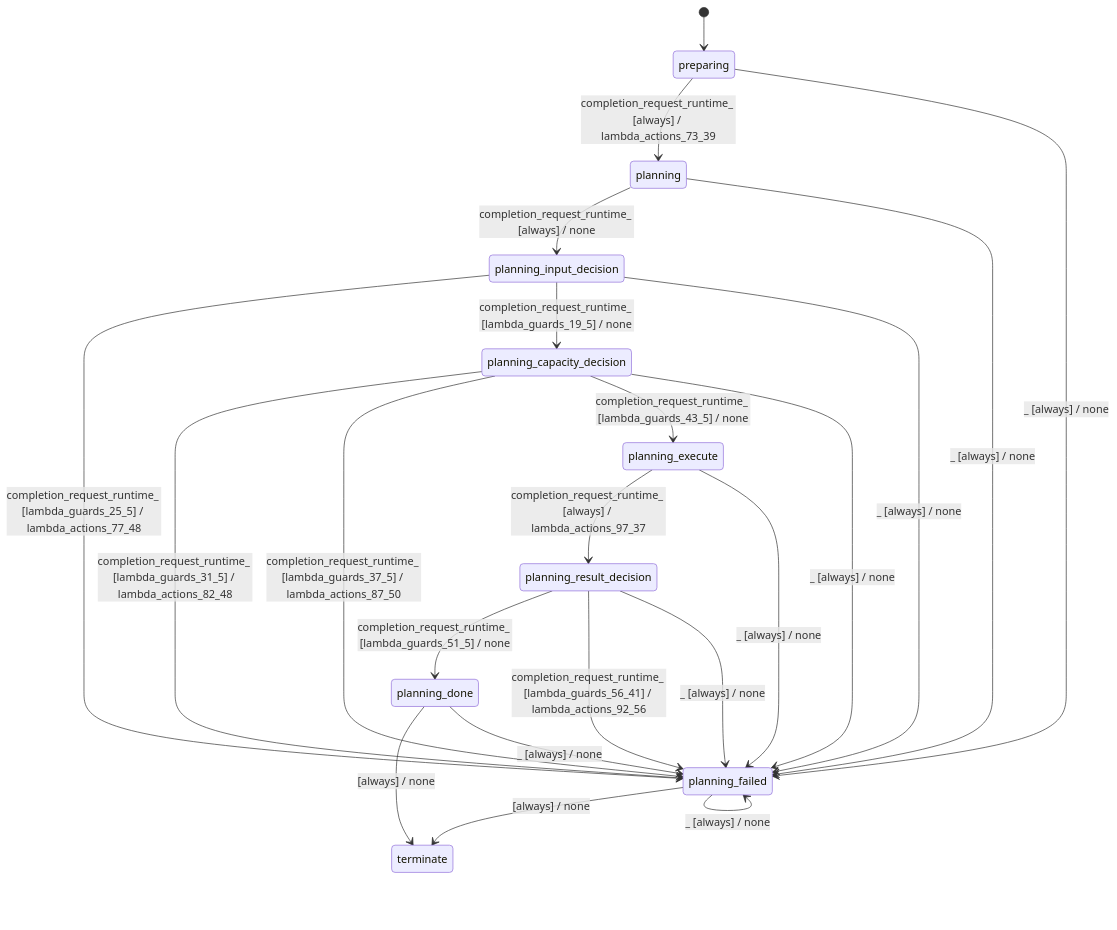
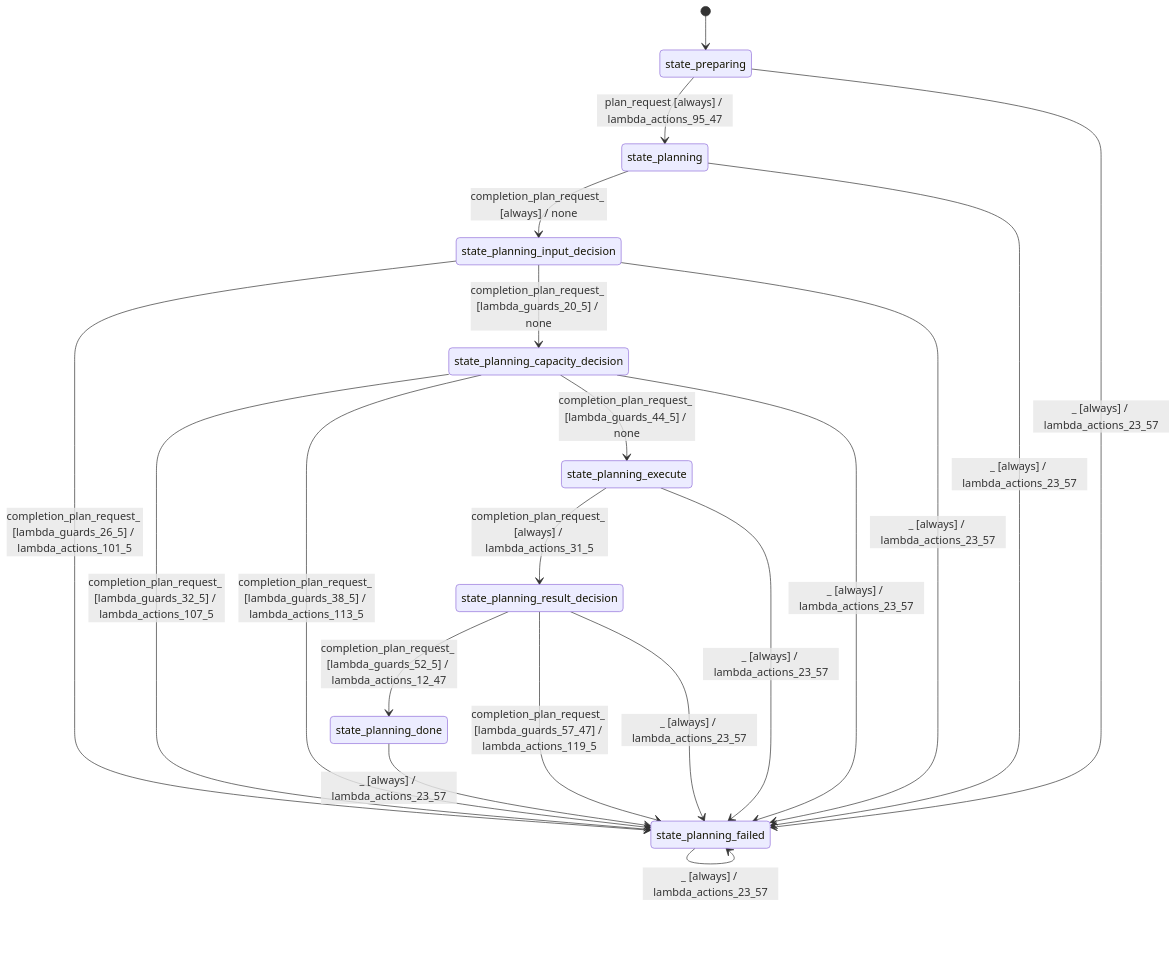
One commit to stateforward/emel.cpp changed the diagram in docs/architecture/batch_planner_modes_sequential.md. Above: the diagram before and after it, drawn with Mermaid. The commit also changed other lines of this file and 78 other files, not shown here.

````diff
--- a/docs/architecture/batch_planner_modes_sequential.md
+++ b/docs/architecture/batch_planner_modes_sequential.md
@@ -7,25 +7,23 @@
 ```mermaid
 stateDiagram-v2
   direction TB
-  [*] --> preparing
-  preparing --> planning : completion_request_runtime_ [always] / lambda_actions_73_39
-  planning --> planning_input_decision : completion_request_runtime_ [always] / none
-  planning_input_decision --> planning_failed : completion_request_runtime_ [lambda_guards_25_5] / lambda_actions_77_48
-  planning_input_decision --> planning_capacity_decision : completion_request_runtime_ [lambda_guards_19_5] / none
-  planning_capacity_decision --> planning_failed : completion_request_runtime_ [lambda_guards_31_5] / lambda_actions_82_48
-  planning_capacity_decision --> planning_failed : completion_request_runtime_ [lambda_guards_37_5] / lambda_actions_87_50
-  planning_capacity_decision --> planning_execute : completion_request_runtime_ [lambda_guards_43_5] / none
-  planning_execute --> planning_result_decision : completion_request_runtime_ [always] / lambda_actions_97_37
-  planning_result_decision --> planning_done : completion_request_runtime_ [lambda_guards_51_5] / none
-  planning_result_decision --> planning_failed : completion_request_runtime_ [lambda_guards_56_41] / lambda_actions_92_56
-  planning_done --> terminate : [always] / none
-  planning_failed --> terminate : [always] / none
-  planning_done --> planning_failed : _ [always] / none
-  planning_failed --> planning_failed : _ [always] / none
-  preparing --> planning_failed : _ [always] / none
-  planning --> planning_failed : _ [always] / none
-  planning_input_decision --> planning_failed : _ [always] / none
-  planning_capacity_decision --> planning_failed : _ [always] / none
-  planning_execute --> planning_failed : _ [always] / none
-  planning_result_decision --> planning_failed : _ [always] / none
+  [*] --> state_preparing
+  state_preparing --> state_planning : plan_request [always] / lambda_actions_95_47
+  state_planning --> state_planning_input_decision : completion_plan_request_ [always] / none
+  state_planning_input_decision --> state_planning_failed : completion_plan_request_ [lambda_guards_26_5] / lambda_actions_101_5
+  state_planning_input_decision --> state_planning_capacity_decision : completion_plan_request_ [lambda_guards_20_5] / none
+  state_planning_capacity_decision --> state_planning_failed : completion_plan_request_ [lambda_guards_32_5] / lambda_actions_107_5
+  state_planning_capacity_decision --> state_planning_failed : completion_plan_request_ [lambda_guards_38_5] / lambda_actions_113_5
+  state_planning_capacity_decision --> state_planning_execute : completion_plan_request_ [lambda_guards_44_5] / none
+  state_planning_execute --> state_planning_result_decision : completion_plan_request_ [always] / lambda_actions_31_5
+  state_planning_result_decision --> state_planning_done : completion_plan_request_ [lambda_guards_52_5] / lambda_actions_12_47
+  state_planning_result_decision --> state_planning_failed : completion_plan_request_ [lambda_guards_57_47] / lambda_actions_119_5
+  state_planning_done --> state_planning_failed : _ [always] / lambda_actions_23_57
+  state_planning_failed --> state_planning_failed : _ [always] / lambda_actions_23_57
+  state_preparing --> state_planning_failed : _ [always] / lambda_actions_23_57
+  state_planning --> state_planning_failed : _ [always] / lambda_actions_23_57
+  state_planning_input_decision --> state_planning_failed : _ [always] / lambda_actions_23_57
+  state_planning_capacity_decision --> state_planning_failed : _ [always] / lambda_actions_23_57
+  state_planning_execute --> state_planning_failed : _ [always] / lambda_actions_23_57
+  state_planning_result_decision --> state_planning_failed : _ [always] / lambda_actions_23_57
 ```
````
